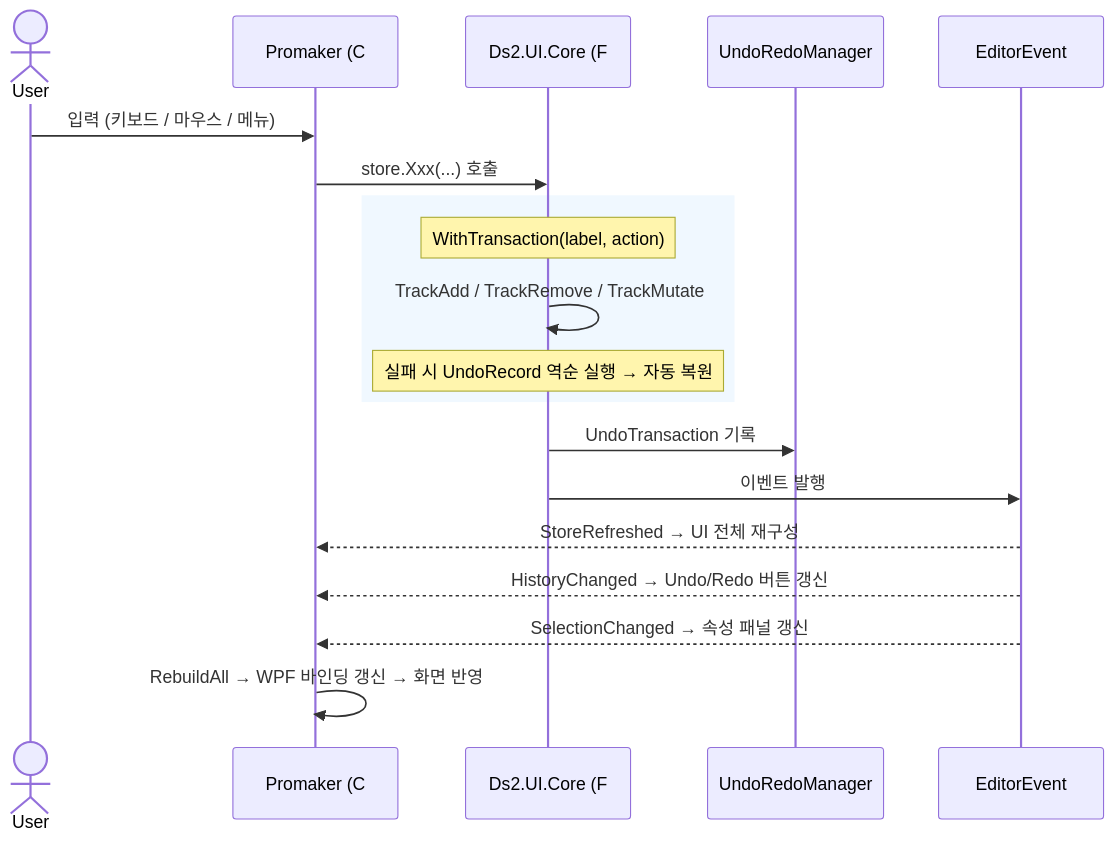
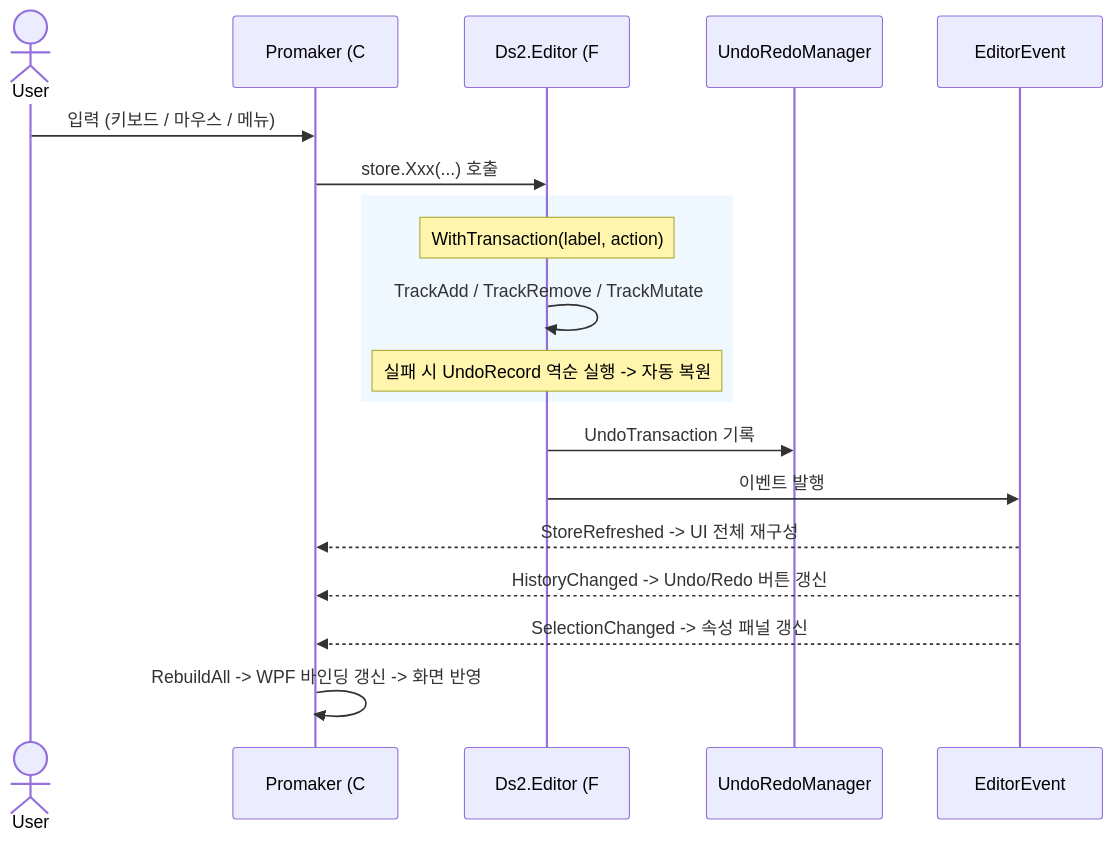
Before and after one commit to DualsoftDev/ds2: the fifth of 7 diagrams in README.md, drawn with Mermaid. The commit also changed other lines of this file and 5 other files, not shown here.

````diff
--- a/README.md
+++ b/README.md
@@ -154,27 +176,27 @@
 ```mermaid
 sequenceDiagram
     actor User
     participant WPF as Promaker (C#)<br/>EditorCanvas / MainViewModel
-    participant Ext as Ds2.UI.Core (F#)<br/>Store Extensions
+    participant Ext as Ds2.Editor (F#)<br/>Store Extensions
     participant Undo as UndoRedoManager
     participant Event as EditorEvent
 
     User->>WPF: 입력 (키보드 / 마우스 / 메뉴)
     WPF->>Ext: store.Xxx(...) 호출
 
     rect rgb(240, 248, 255)
         Note over Ext: WithTransaction(label, action)
         Ext->>Ext: TrackAdd / TrackRemove / TrackMutate
-        Note over Ext: 실패 시 UndoRecord 역순 실행 → 자동 복원
+        Note over Ext: 실패 시 UndoRecord 역순 실행 -> 자동 복원
     end
 
     Ext->>Undo: UndoTransaction 기록
 
     Ext->>Event: 이벤트 발행
 
-    Event-->>WPF: StoreRefreshed → UI 전체 재구성
-    Event-->>WPF: HistoryChanged → Undo/Redo 버튼 갱신
-    Event-->>WPF: SelectionChanged → 속성 패널 갱신
+    Event-->>WPF: StoreRefreshed -> UI 전체 재구성
+    Event-->>WPF: HistoryChanged -> Undo/Redo 버튼 갱신
+    Event-->>WPF: SelectionChanged -> 속성 패널 갱신
 
-    WPF->>WPF: RebuildAll → WPF 바인딩 갱신 → 화면 반영
+    WPF->>WPF: RebuildAll -> WPF 바인딩 갱신 -> 화면 반영
 ```
````
